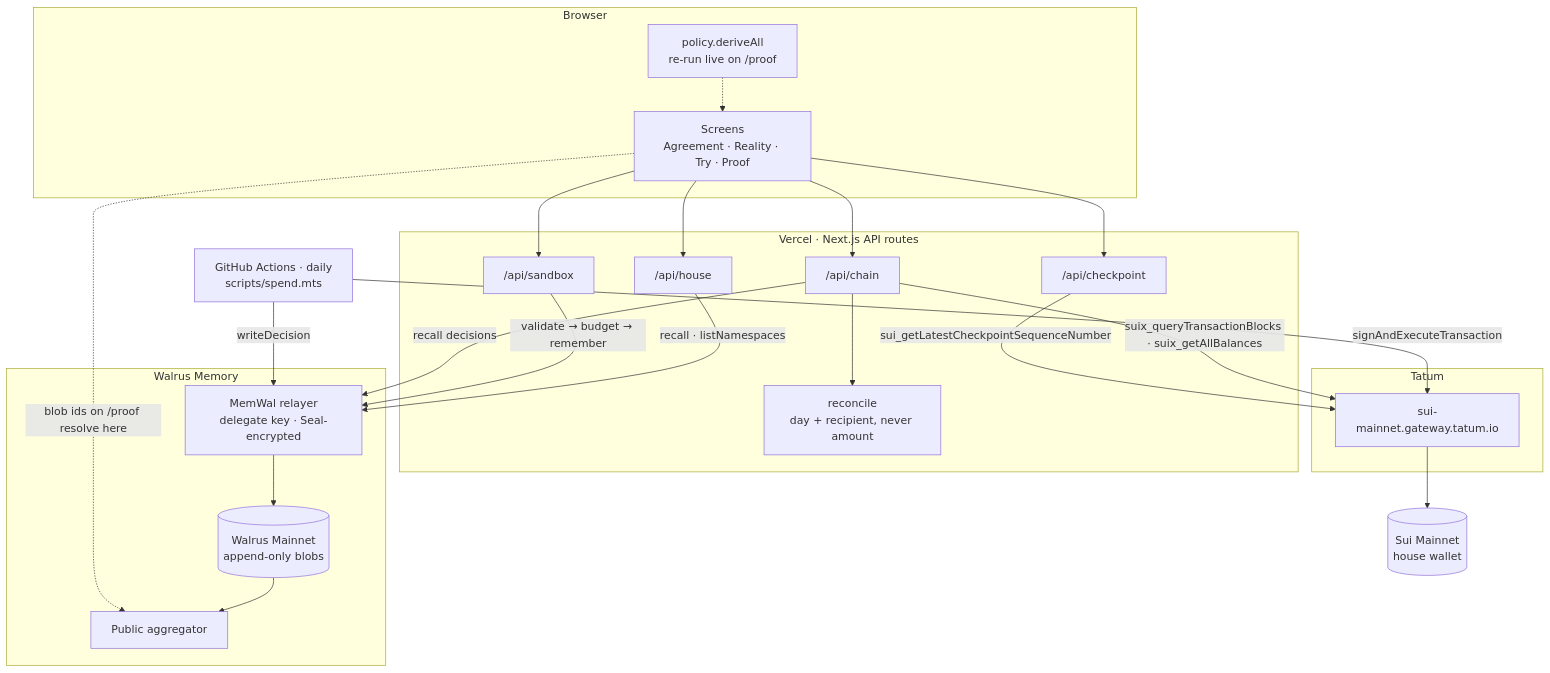
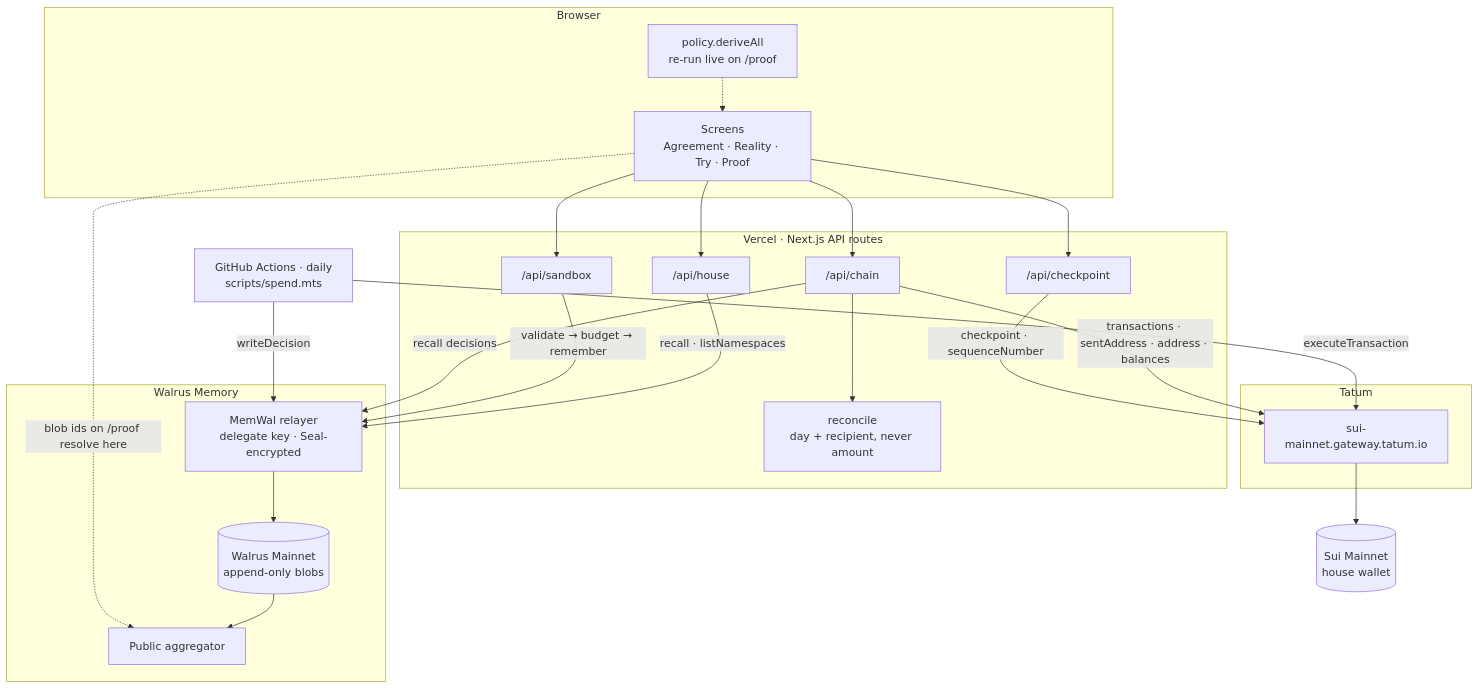
One commit to EdCryptoFi/unwritten changed the first of 3 diagrams in README.md. Above: the diagram before and after it, drawn with Mermaid. The commit also changed other lines of this file and 10 other files, not shown here.

First line of the commit message:
Move Tatum reads and the daily signer from JSON-RPC to GraphQL

````diff
--- a/README.md
+++ b/README.md
@@ -82,42 +82,42 @@
 ```mermaid
 flowchart TB
   subgraph BR["Browser"]
     UI["Screens<br/>Agreement · Reality · Try · Proof"]
     DER["policy.deriveAll<br/>re-run live on /proof"]
   end
   subgraph VC["Vercel · Next.js API routes"]
     H["/api/house"]
     C["/api/chain"]
     S["/api/sandbox"]
     K["/api/checkpoint"]
     REC["reconcile<br/>day + recipient, never amount"]
   end
   subgraph WM["Walrus Memory"]
     RL["MemWal relayer<br/>delegate key · Seal-encrypted"]
     WB[("Walrus Mainnet<br/>append-only blobs")]
     AG["Public aggregator"]
   end
   subgraph TT["Tatum"]
     GW["sui-mainnet.gateway.tatum.io"]
   end
   SUI[("Sui Mainnet<br/>house wallet")]
   GH["GitHub Actions · daily<br/>scripts/spend.mts"]
 
   UI --> H
   UI --> C
   UI --> S
   UI --> K
   H -->|"recall · listNamespaces"| RL
   S -->|"validate → budget → remember"| RL
   C -->|"recall decisions"| RL
-  C -->|"suix_queryTransactionBlocks · suix_getAllBalances"| GW
+  C -->|"transactions · sentAddress · address · balances"| GW
   C --> REC
-  K -->|"sui_getLatestCheckpointSequenceNumber"| GW
+  K -->|"checkpoint · sequenceNumber"| GW
   RL --> WB
   WB --> AG
   UI -.->|"blob ids on /proof resolve here"| AG
   GW --> SUI
-  GH -->|"signAndExecuteTransaction"| GW
+  GH -->|"executeTransaction"| GW
   GH -->|"writeDecision"| RL
   DER -.-> UI
 ```
````
